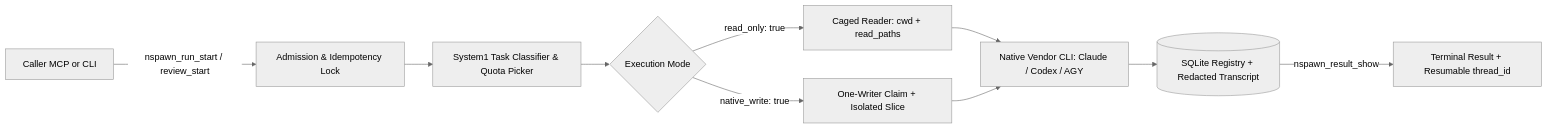
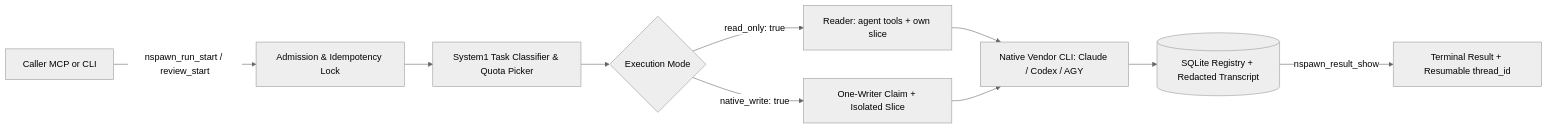
Before and after one commit to menot-you/n-memory: the second of 3 diagrams in docs/components/nspawn/ARCHITECTURE.md, drawn with Mermaid (neutral theme). The commit also changed other lines of this file and 400 other files, not shown here.

````diff
--- a/docs/components/nspawn/ARCHITECTURE.md
+++ b/docs/components/nspawn/ARCHITECTURE.md
@@ -73,12 +124,12 @@
 ```mermaid
 flowchart LR
     A[Caller MCP or CLI] -->|nspawn_run_start / review_start| B[Admission & Idempotency Lock]
     B --> C[System1 Task Classifier & Quota Picker]
     C --> D{Execution Mode}
-    D -->|read_only: true| E[Caged Reader: cwd + read_paths]
+    D -->|read_only: true| E[Reader: agent tools + own slice]
     D -->|native_write: true| F[One-Writer Claim + Isolated Slice]
     E --> G[Native Vendor CLI: Claude / Codex / AGY]
     F --> G
     G --> H[(SQLite Registry + Redacted Transcript)]
     H -->|nspawn_result_show| I[Terminal Result + Resumable thread_id]
 ```
````
